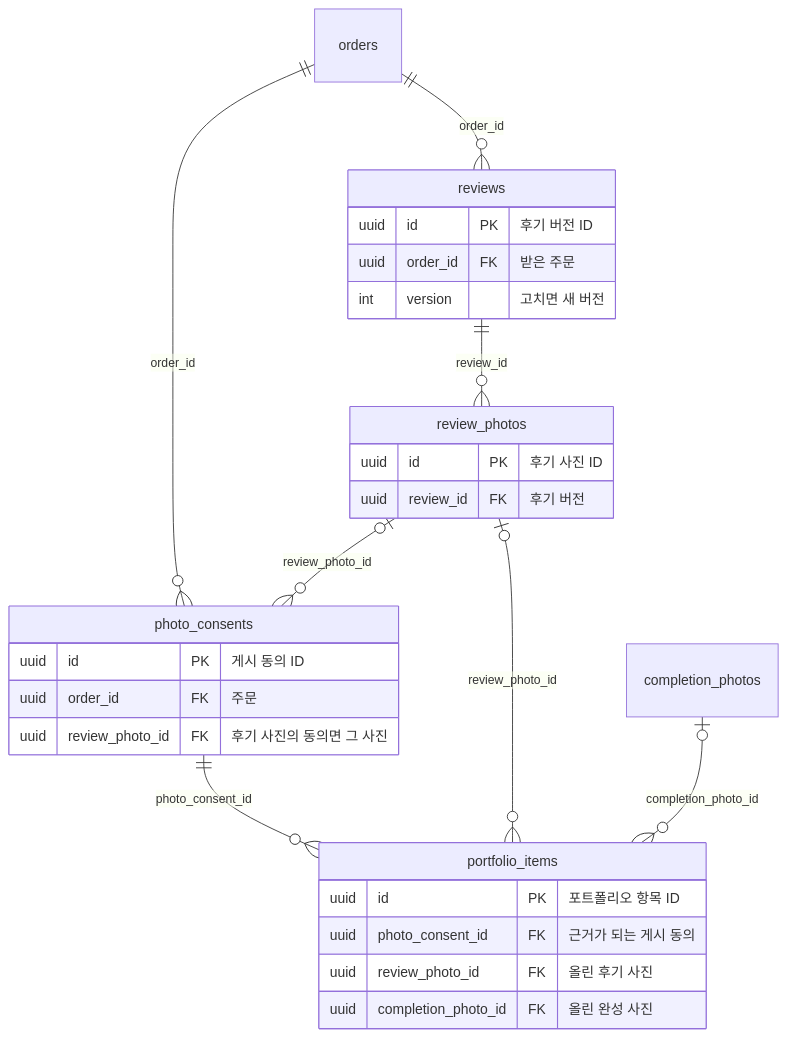
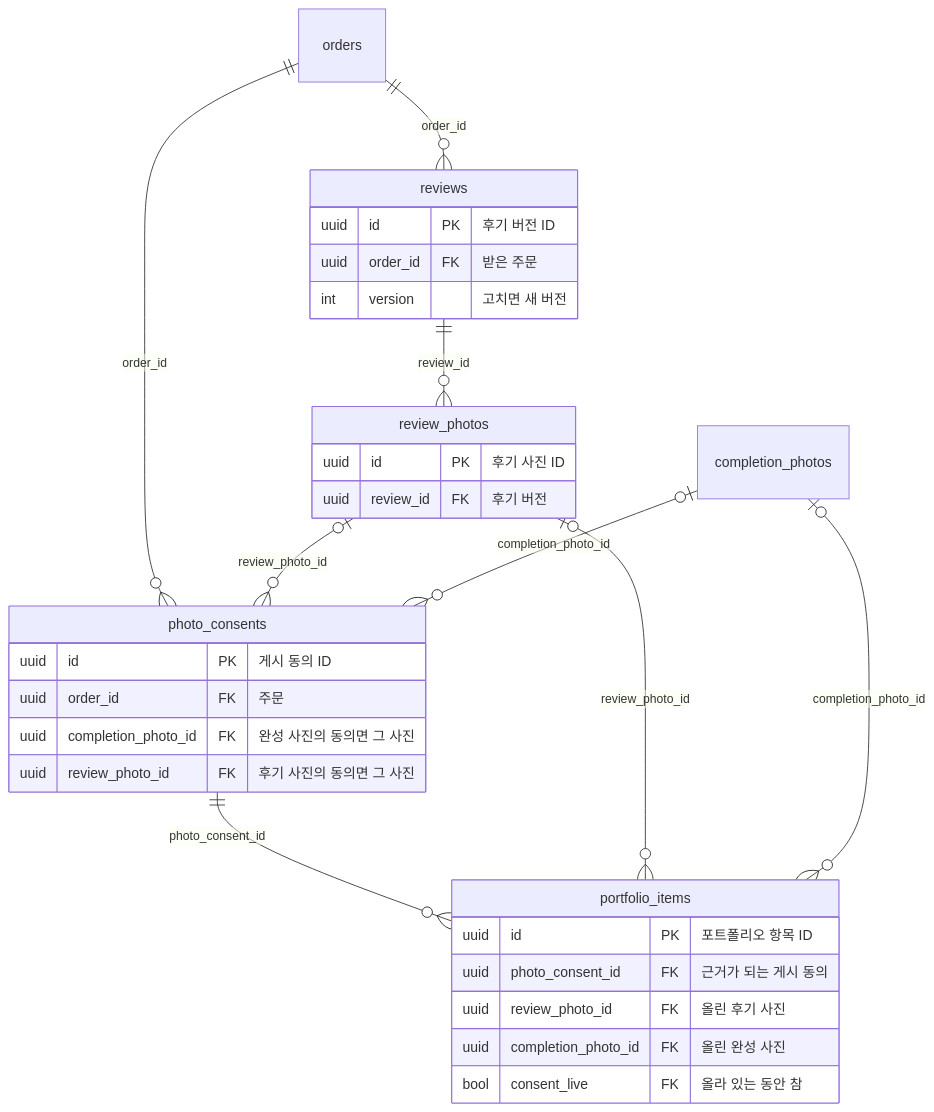
The seventh of 11 diagrams in docs/05-erd/README.md (kodonghui/siljang.ai), drawn with Mermaid before and after one commit. The commit also changed other lines of this file and 62 other files, not shown here.

````diff
--- a/docs/05-erd/README.md
+++ b/docs/05-erd/README.md
@@ -495,30 +496,33 @@
 ```mermaid
 erDiagram
   reviews {
     uuid id PK "후기 버전 ID"
     uuid order_id FK "받은 주문"
     int version "고치면 새 버전"
   }
   review_photos {
     uuid id PK "후기 사진 ID"
     uuid review_id FK "후기 버전"
   }
   photo_consents {
     uuid id PK "게시 동의 ID"
     uuid order_id FK "주문"
+    uuid completion_photo_id FK "완성 사진의 동의면 그 사진"
     uuid review_photo_id FK "후기 사진의 동의면 그 사진"
   }
   portfolio_items {
     uuid id PK "포트폴리오 항목 ID"
     uuid photo_consent_id FK "근거가 되는 게시 동의"
     uuid review_photo_id FK "올린 후기 사진"
     uuid completion_photo_id FK "올린 완성 사진"
+    bool consent_live FK "올라 있는 동안 참"
   }
   orders ||--o{ reviews : "order_id"
   reviews ||--o{ review_photos : "review_id"
   orders ||--o{ photo_consents : "order_id"
   review_photos |o--o{ photo_consents : "review_photo_id"
+  completion_photos |o--o{ photo_consents : "completion_photo_id"
   photo_consents ||--o{ portfolio_items : "photo_consent_id"
   review_photos |o--o{ portfolio_items : "review_photo_id"
   completion_photos |o--o{ portfolio_items : "completion_photo_id"
 ```
````
